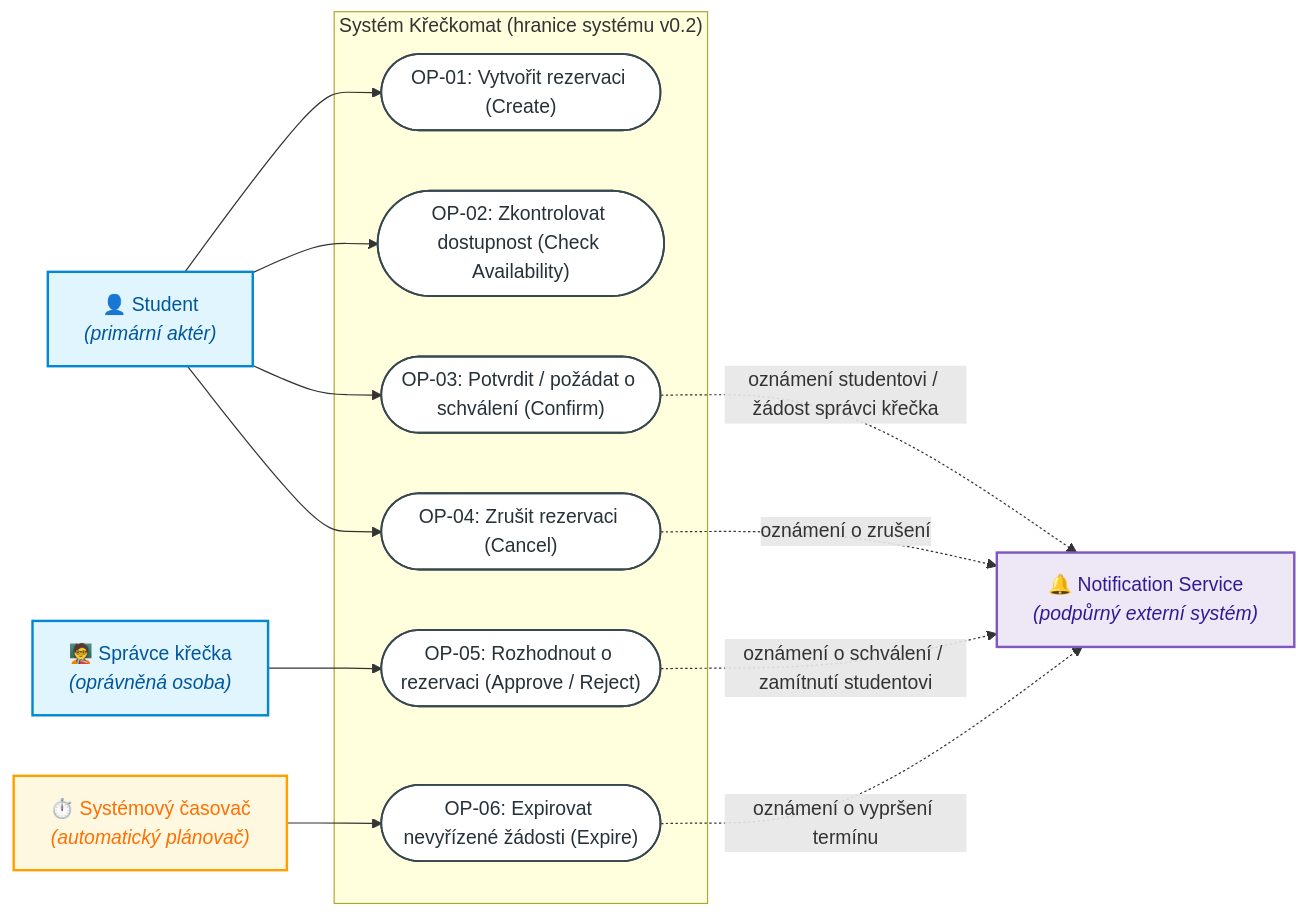
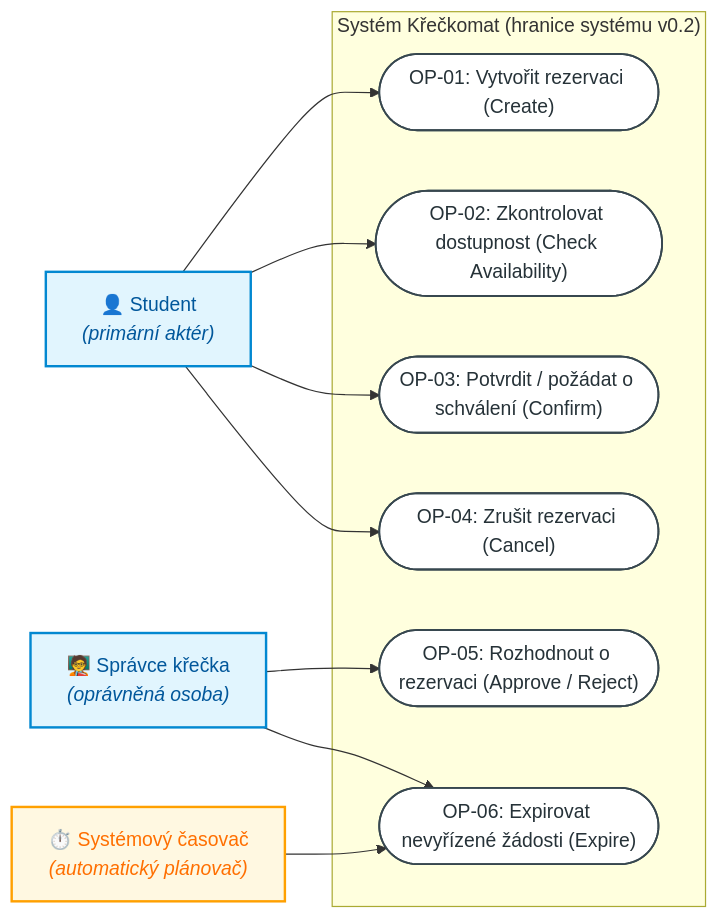
One commit to tomaskirnig/SWI_2027 changed the eighth of 8 diagrams in DIAGRAMS.md. Above: the diagram before and after it, drawn with Mermaid. The commit also changed other lines of this file and 12 other files, not shown here.

````diff
--- a/DIAGRAMS.md
+++ b/DIAGRAMS.md
@@ -380,34 +382,30 @@
 ```mermaid
 flowchart LR
     classDef actorStyle fill:#e1f5fe,stroke:#0288d1,stroke-width:2px,color:#01579b;
     classDef extStyle fill:#ede7f6,stroke:#7e57c2,stroke-width:2px,color:#311b92;
     classDef timerStyle fill:#fff8e1,stroke:#ffa000,stroke-width:2px,color:#ff6f00;
     classDef ucStyle fill:#ffffff,stroke:#37474f,stroke-width:1.5px,color:#263238;
 
     Student["👤 Student<br/><i>(primární aktér)</i>"]:::actorStyle
     Approver["🧑‍🏫 Správce křečka<br/><i>(oprávněná osoba)</i>"]:::actorStyle
     Timer["⏱️ Systémový časovač<br/><i>(automatický plánovač)</i>"]:::timerStyle
-    NotificationService["🔔 Notification Service<br/><i>(podpůrný externí systém)</i>"]:::extStyle
 
     subgraph System[" Systém Křečkomat (hranice systému v0.2) "]
         UC1(["OP-01: Vytvořit rezervaci (Create)"]):::ucStyle
         UC2(["OP-02: Zkontrolovat dostupnost (Check Availability)"]):::ucStyle
         UC3(["OP-03: Potvrdit / požádat o schválení (Confirm)"]):::ucStyle
         UC4(["OP-04: Zrušit rezervaci (Cancel)"]):::ucStyle
         UC5(["OP-05: Rozhodnout o rezervaci (Approve / Reject)"]):::ucStyle
         UC6(["OP-06: Expirovat nevyřízené žádosti (Expire)"]):::ucStyle
     end
 
     Student --> UC1
     Student --> UC2
     Student --> UC3
     Student --> UC4
 
     Approver --> UC5
     Timer --> UC6
+    Approver --> UC6
 
-    UC3 -.->|"oznámení studentovi / žádost správci křečka"| NotificationService
-    UC4 -.->|"oznámení o zrušení"| NotificationService
-    UC5 -.->|"oznámení o schválení / zamítnutí studentovi"| NotificationService
-    UC6 -.->|"oznámení o vypršení termínu"| NotificationService
 ```
````
